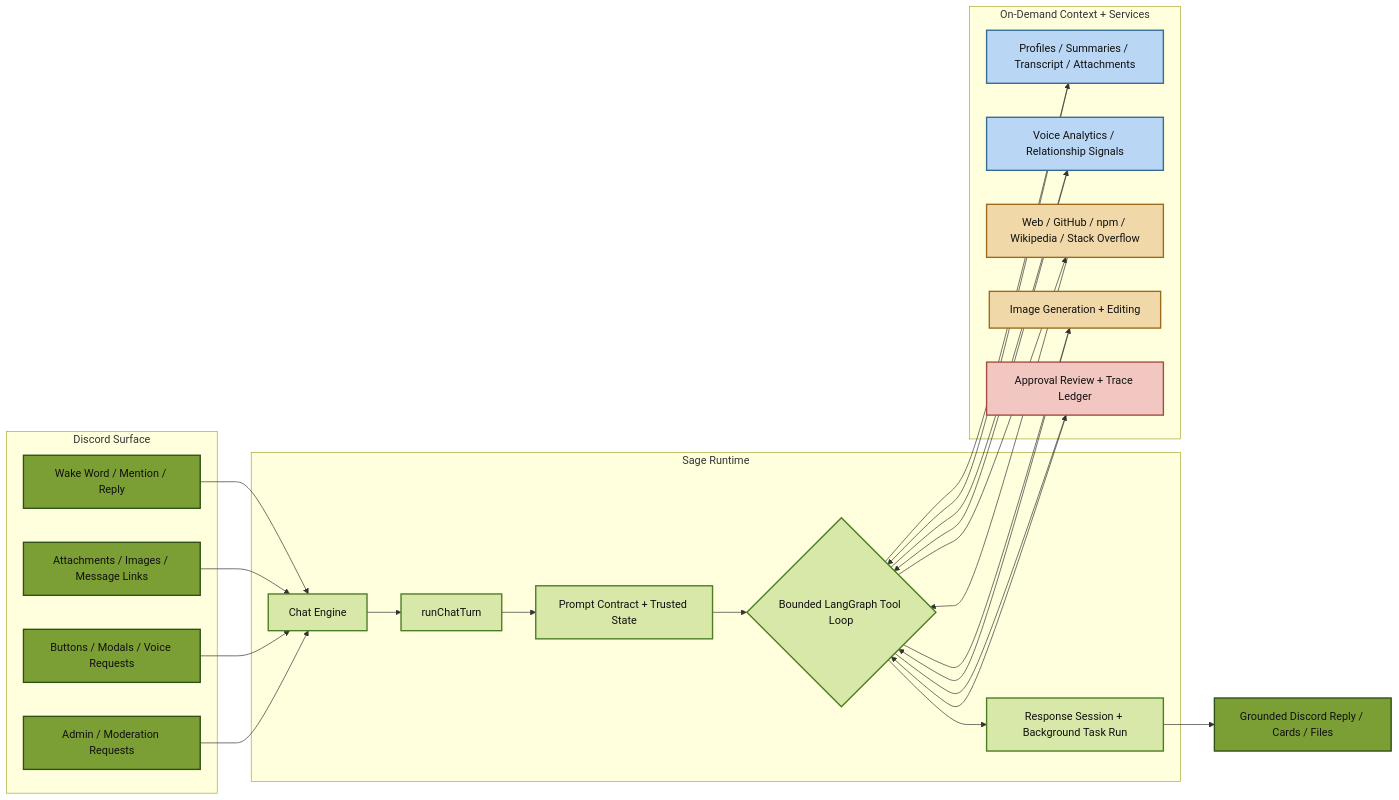
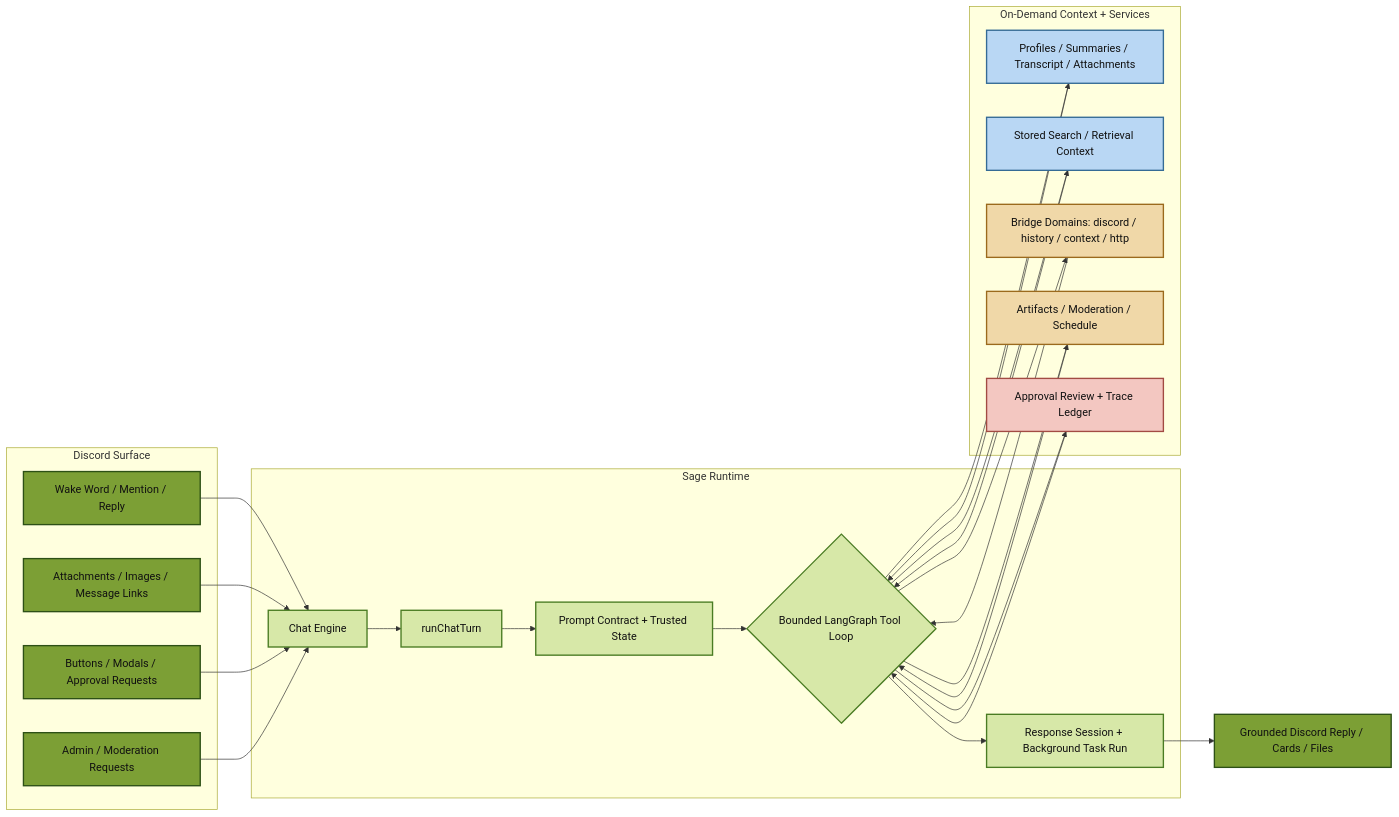
Before and after one commit to BokX1/Sage: the first of 2 diagrams in README.md, drawn with Mermaid. The commit also changed other lines of this file and 29 other files, not shown here.

````diff
--- a/README.md
+++ b/README.md
@@ -77,48 +76,48 @@
 ```mermaid
 flowchart LR
     classDef discord fill:#7c9f35,stroke:#2d5016,stroke-width:2px,color:#111
     classDef runtime fill:#d7e8a8,stroke:#4a7c23,stroke-width:2px,color:#111
     classDef memory fill:#b9d7f4,stroke:#356b95,stroke-width:2px,color:#111
     classDef tools fill:#f0d8a8,stroke:#9b6a1d,stroke-width:2px,color:#111
     classDef ops fill:#f3c7c1,stroke:#a24b43,stroke-width:2px,color:#111
 
     subgraph Discord["Discord Surface"]
         U["Wake Word / Mention / Reply"]:::discord
         X["Attachments / Images / Message Links"]:::discord
-        V["Buttons / Modals / Voice Requests"]:::discord
+        V["Buttons / Modals / Approval Requests"]:::discord
         A["Admin / Moderation Requests"]:::discord
     end
 
     subgraph Runtime["Sage Runtime"]
         CE["Chat Engine"]:::runtime
         RT["runChatTurn"]:::runtime
         PC["Prompt Contract + Trusted State"]:::runtime
         TL{"Bounded LangGraph Tool Loop"}:::runtime
         RS["Response Session + Background Task Run"]:::runtime
     end
 
     subgraph Data["On-Demand Context + Services"]
         M["Profiles / Summaries / Transcript / Attachments"]:::memory
-        G["Voice Analytics / Relationship Signals"]:::memory
-        W["Web / GitHub / npm / Wikipedia / Stack Overflow"]:::tools
-        C["Image Generation + Editing"]:::tools
+        G["Stored Search / Retrieval Context"]:::memory
+        W["Bridge Domains: discord / history / context / http"]:::tools
+        C["Artifacts / Moderation / Schedule"]:::tools
         P["Approval Review + Trace Ledger"]:::ops
     end
 
     U --> CE
     X --> CE
     V --> CE
     A --> CE
     CE --> RT --> PC --> TL --> RS
     TL --> M
     TL --> G
     TL --> W
     TL --> C
     TL --> P
     M --> TL
     G --> TL
     W --> TL
     C --> TL
     P --> TL
     RS --> R["Grounded Discord Reply / Cards / Files"]:::discord
 ```
````
